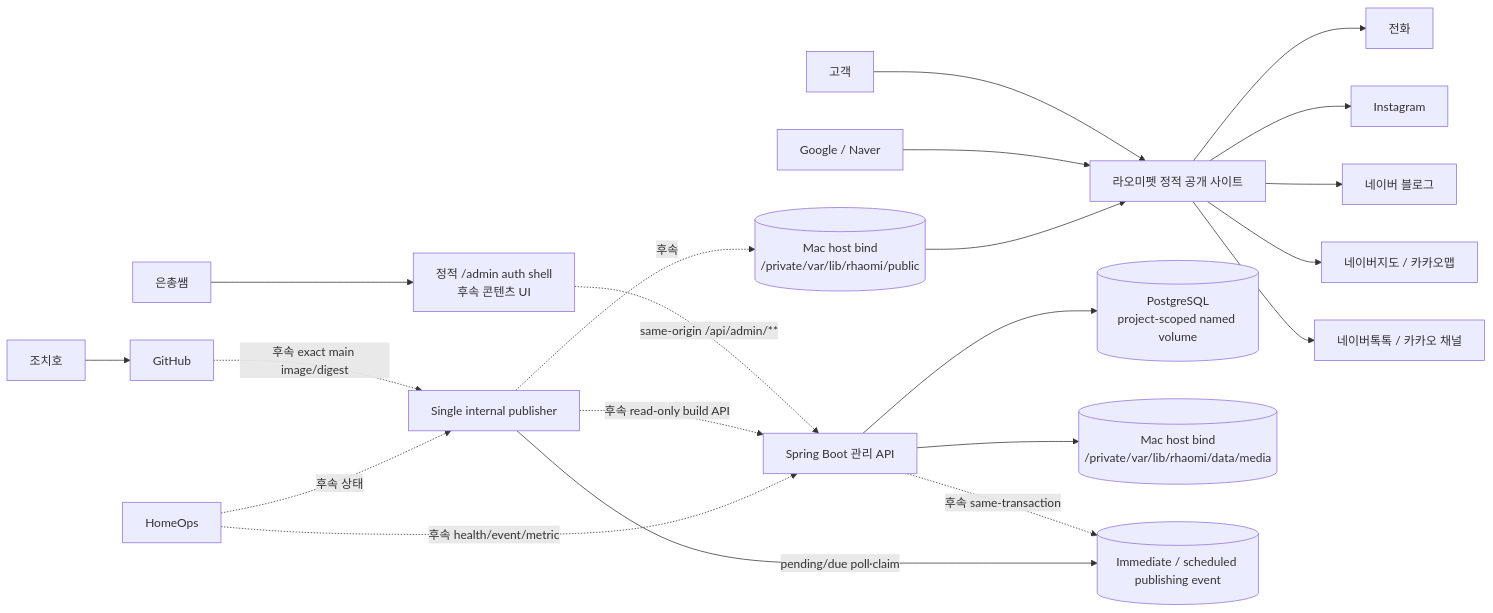
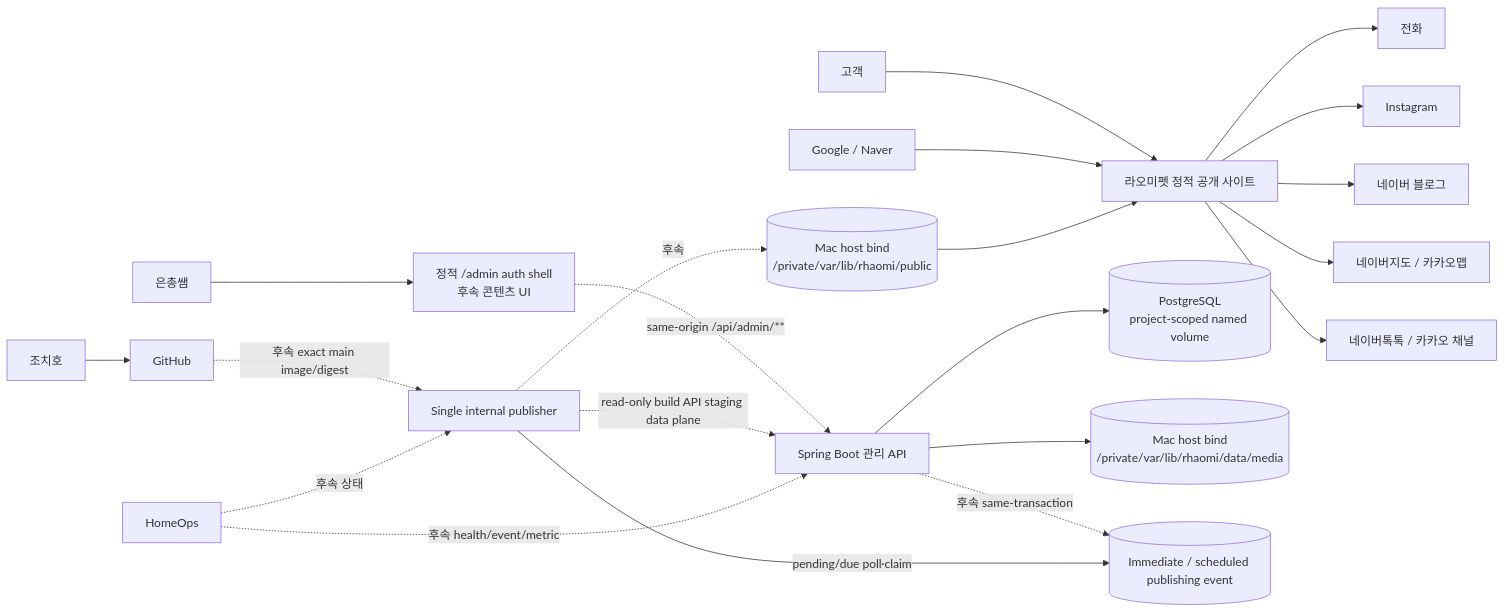
Before and after one commit to xxh3898/Rhaomi: the diagram in docs/04-architecture/system-context.md, drawn with Mermaid. The commit also changed other lines of this file and 32 other files, not shown here.

First line of the commit message:
feat: Phase 1C-8f6 Build API adapter·transformer orchestration 구축

````diff
--- a/docs/04-architecture/system-context.md
+++ b/docs/04-architecture/system-context.md
@@ -18,25 +18,25 @@
 ```mermaid
 flowchart LR
     Customer[고객] --> PublicSite[라오미펫 정적 공개 사이트]
     Search[Google / Naver] --> PublicSite
     PublicSite --> Phone[전화]
     PublicSite --> Instagram[Instagram]
     PublicSite --> Blog[네이버 블로그]
     PublicSite --> Maps[네이버지도 / 카카오맵]
     PublicSite --> Talk[네이버톡톡 / 카카오 채널]
 
     Owner[은총쌤] --> AdminUI[정적 /admin auth shell<br/>후속 콘텐츠 UI]
     AdminUI -. same-origin /api/admin/** .-> Backend[Spring Boot 관리 API]
     Backend --> PostgreSQL[(PostgreSQL<br/>project-scoped named volume)]
     Backend --> Uploads[(Mac host bind<br/>/private/var/lib/rhaomi/data/media)]
     Backend -. 후속 same-transaction .-> Outbox[(Immediate / scheduled publishing event)]
     Publisher[Single internal publisher] -->|pending/due poll·claim| Outbox
-    Publisher -. 후속 read-only build API .-> Backend
+    Publisher -. read-only build API staging data plane .-> Backend
     Publisher -. 후속 .-> Releases[(Mac host bind<br/>/private/var/lib/rhaomi/public)]
     Releases --> PublicSite
 
     Developer[조치호] --> GitHub[GitHub]
     GitHub -. 후속 exact main image/digest .-> Publisher
     HomeOps[HomeOps] -. 후속 health/event/metric .-> Backend
     HomeOps -. 후속 상태 .-> Publisher
 ```
````
